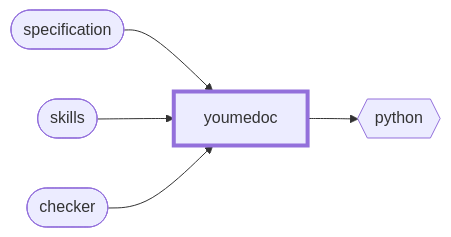
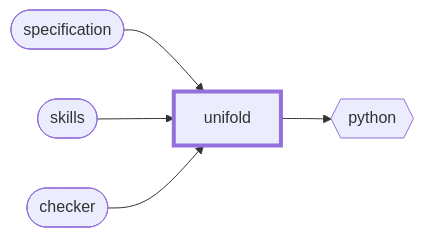
Before and after one commit to wackazong/unifold: the diagram in doc/diagrams/context.md, drawn with Mermaid. The commit also changed other lines of this file and 203 other files, not shown here.

````diff
--- a/doc/diagrams/context.md
+++ b/doc/diagrams/context.md
@@ -8,14 +8,14 @@
 ```mermaid
 flowchart LR
-  u_root["youmedoc"]
+  u_root["unifold"]
   p_root___specification(["specification"])
   p_root___specification --> u_root
   p_root___skills(["skills"])
   p_root___skills --> u_root
   p_root___checker(["checker"])
   p_root___checker --> u_root
   n_root___python{{"python"}}
   u_root --> n_root___python
   classDef focus stroke-width:4px
   class u_root focus
 ```
````
